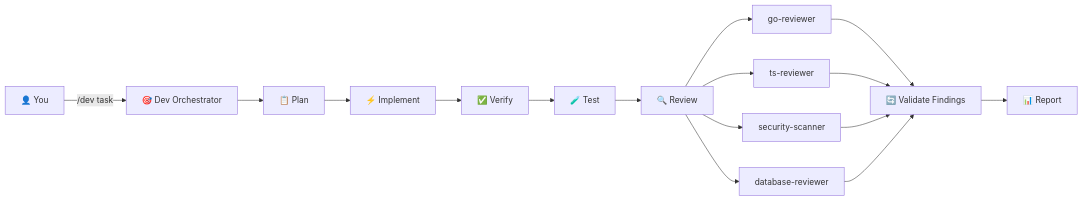
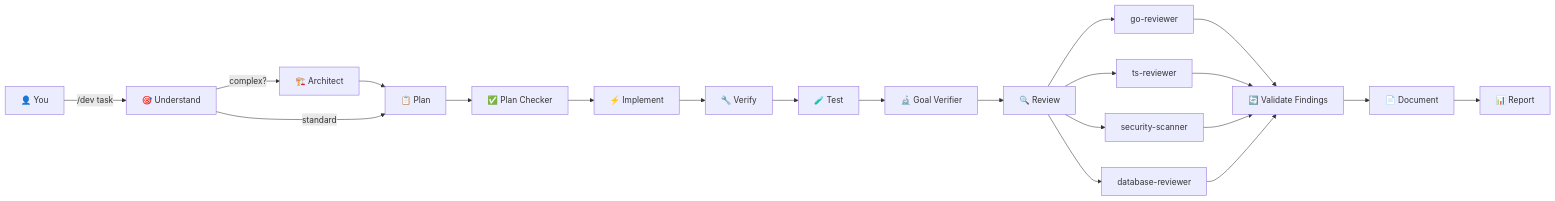
Before and after one commit to RaNDoM6913/claude-code-superkit: the diagram in README.md, drawn with Mermaid.

Commit message:
fix: update mermaid diagram to show /dev v2 phases (architect, plan-checker, goal-verifier)

````diff
--- a/README.md
+++ b/README.md
@@ -89,15 +89,20 @@
 ```mermaid
 graph LR
-    A["👤 You"] -->|"/dev task"| B["🎯 Dev Orchestrator"]
-    B --> C["📋 Plan"]
-    C --> D["⚡ Implement"]
-    D --> E["✅ Verify"]
+    A["👤 You"] -->|"/dev task"| B["🎯 Understand"]
+    B -->|"complex?"| B1["🏗️ Architect"]
+    B1 --> C["📋 Plan"]
+    B -->|"standard"| C
+    C --> C1["✅ Plan Checker"]
+    C1 --> D["⚡ Implement"]
+    D --> E["🔧 Verify"]
     E --> F["🧪 Test"]
-    F --> G["🔍 Review"]
+    F --> F1["🔬 Goal Verifier"]
+    F1 --> G["🔍 Review"]
     G --> H["go-reviewer"]
     G --> I["ts-reviewer"]
     G --> J["security-scanner"]
     G --> K["database-reviewer"]
     H & I & J & K --> L["🔄 Validate Findings"]
-    L --> M["📊 Report"]
+    L --> M["📄 Document"]
+    M --> N["📊 Report"]
 ```
````
